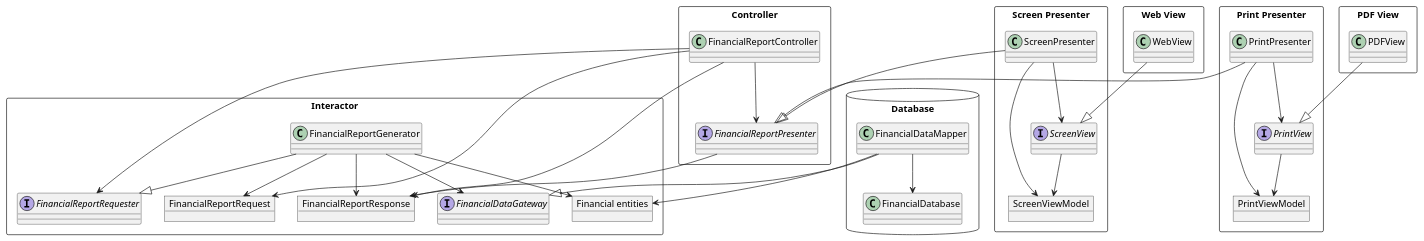
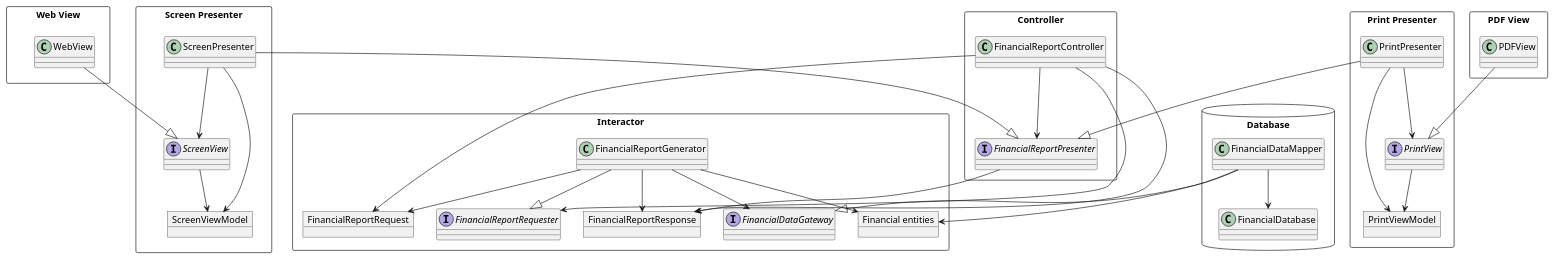
One commit to huland/logseq-notes changed the third of 3 diagrams in pages/Robert C. Martin - Clean Architecture A Craftsman's Guide to Software Structure and Design.md. Above: the diagram before and after it, drawn with PlantUML.

Commit message:
Auto saved by Logseq

```diff
--- a/pages/Robert C. Martin - Clean Architecture A Craftsman's Guide to Software Structure and Design.md
+++ b/pages/Robert C. Martin - Clean Architecture A Craftsman's Guide to Software Structure and Design.md
@@ -203,60 +203,62 @@
 				  @startuml
 				  
 				  package Interactor <<Rectangle>> {
 				    object FinancialReportRequest
 				    interface FinancialReportRequester
 				    object FinancialReportResponse
 				    class FinancialReportGenerator
 				    interface FinancialDataGateway
 				    object "Financial entities" as FinancialEntities
 				  }
 				  package Controller <<Rectangle>> {
 				    class FinancialReportController 
 				    interface FinancialReportPresenter
 				  }
 				  package Database <<Database>> {
 				    class FinancialDataMapper 
 				    class FinancialDatabase
 				  }
 				  package "Screen Presenter" as ScreenPres <<Rectangle>> {
 				    class ScreenPresenter
 				    object ScreenViewModel
 				    interface ScreenView
 				  }
 				  package "Print Presenter" as PrintPres <<Rectangle>> {
 				    class PrintPresenter
 				    object PrintViewModel
 				    interface PrintView
 				  } 
 				  package "PDF View" as PDFV <<Rectangle>> {
 				    class PDFView
 				  } 
 				  package "Web View" as WebV <<Rectangle>> {
 				    class WebView
 				  } 
 				  
 				  FinancialReportGenerator --> FinancialReportRequest
 				  FinancialReportGenerator --> FinancialEntities
 				  FinancialReportGenerator --> FinancialReportResponse
 				  FinancialReportGenerator --> FinancialDataGateway
 				  FinancialReportGenerator --|> FinancialReportRequester
 				  FinancialDataMapper --> FinancialDatabase
 				  FinancialDataMapper --> FinancialEntities
 				  FinancialDataMapper --|> FinancialDataGateway
 				  FinancialReportController --> FinancialReportPresenter
 				  FinancialReportPresenter --> FinancialReportResponse
 				  FinancialReportController --> FinancialReportRequest
 				  FinancialReportController --> FinancialReportRequester
 				  FinancialReportController --> FinancialReportResponse
 				  ScreenPresenter --> ScreenView
 				  ScreenView --> ScreenViewModel
 				  ScreenPresenter --> ScreenViewModel
 				  ScreenPresenter --|> FinancialReportPresenter
 				  PrintPresenter --> PrintView
 				  PrintView --> PrintViewModel
 				  PrintPresenter --> PrintViewModel
 				  PrintPresenter --|> FinancialReportPresenter
 				  WebView --|> ScreenView
 				  PDFView --|> PrintView
 				  
+				  WebV -[hidden]> ScreenPres
+				  
 				  @enduml
```
